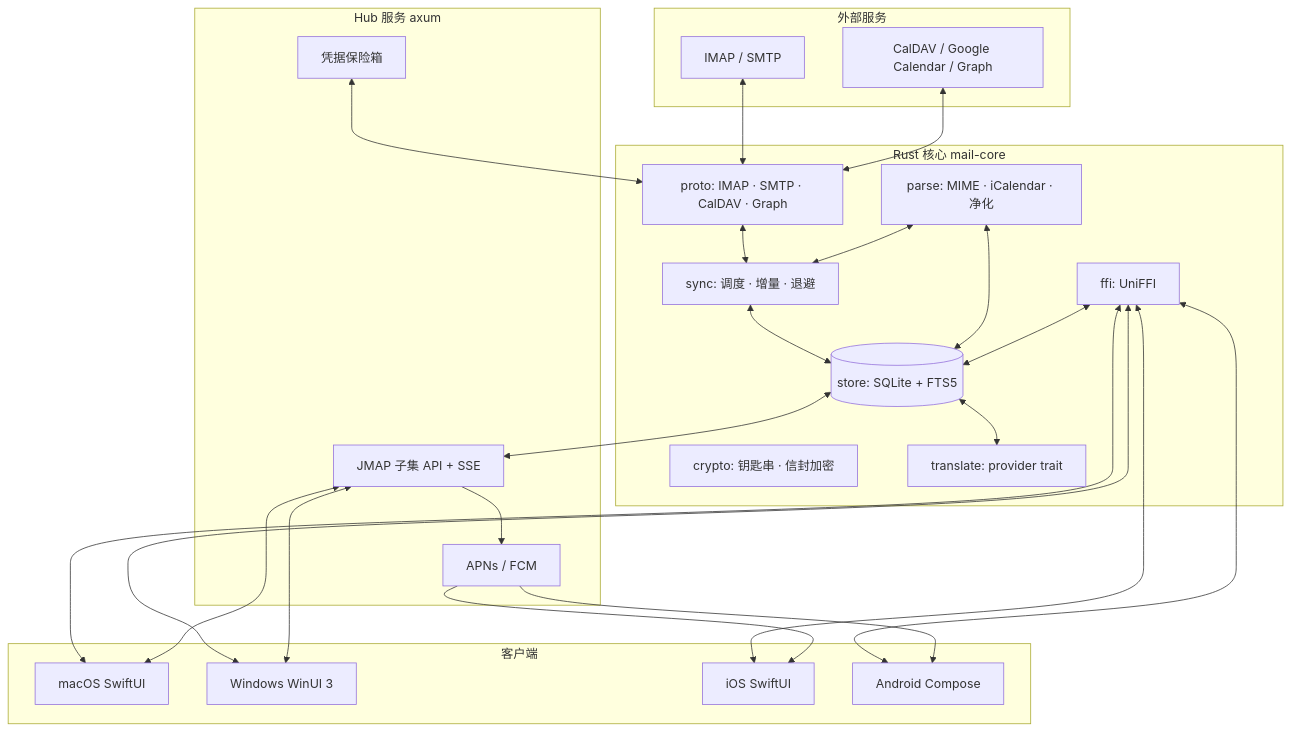
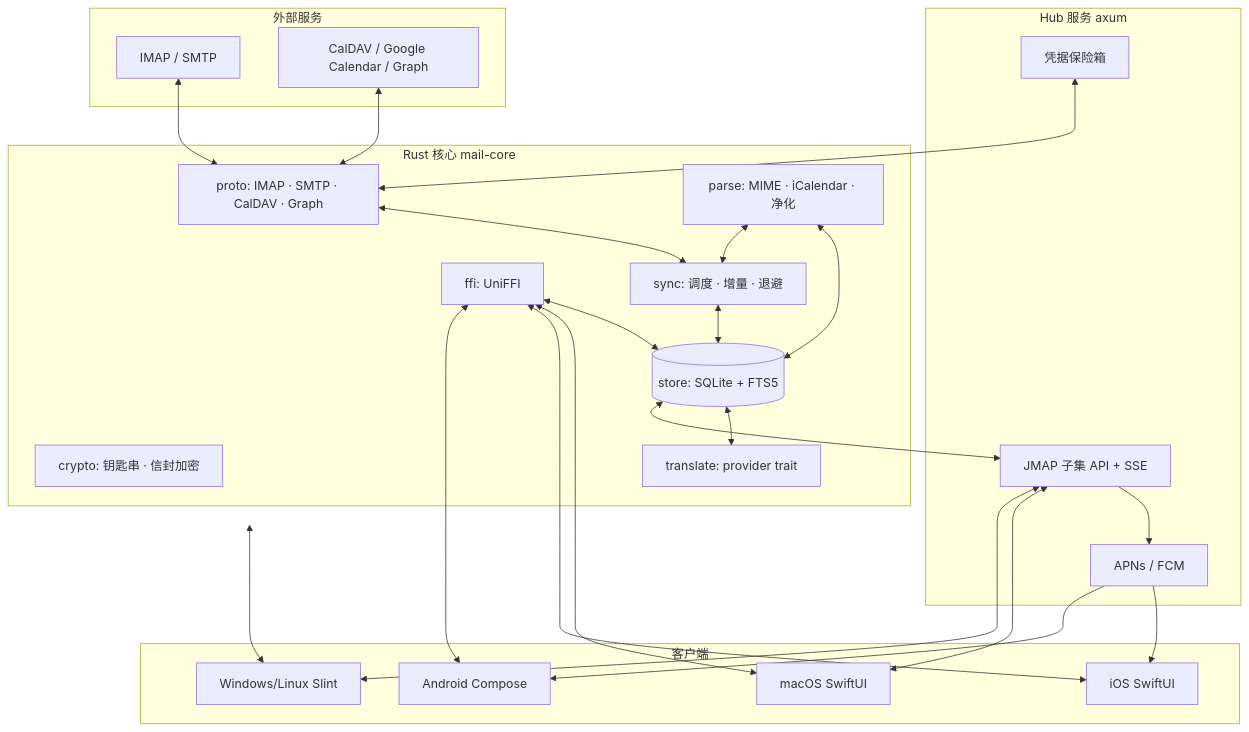
The first of 2 diagrams in docs/ARCHITECTURE.md (908652987/siskin), drawn with Mermaid before and after one commit. The commit also changed other lines of this file and 17 other files, not shown here.

First line of the commit message:
Add Windows Slint UI baseline and signing workflow

````diff
--- a/docs/ARCHITECTURE.md
+++ b/docs/ARCHITECTURE.md
@@ -49,43 +49,44 @@
 ```mermaid
 flowchart TB
   subgraph Providers[外部服务]
     MAIL[IMAP / SMTP]
     CAL[CalDAV / Google Calendar / Graph]
   end
 
   subgraph Core[Rust 核心 mail-core]
     PROTO[proto: IMAP · SMTP · CalDAV · Graph]
     SYNC[sync: 调度 · 增量 · 退避]
     PARSE[parse: MIME · iCalendar · 净化]
     STORE[(store: SQLite + FTS5)]
     CRYPTO[crypto: 钥匙串 · 信封加密]
     XLATE[translate: provider trait]
     FFI[ffi: UniFFI]
   end
 
   subgraph Hub[Hub 服务 axum]
     API[JMAP 子集 API + SSE]
     PUSH[APNs / FCM]
     VAULT[凭据保险箱]
   end
 
   subgraph Clients[客户端]
     MAC[macOS SwiftUI]
-    WIN[Windows WinUI 3]
+    WIN[Windows/Linux Slint]
     IOS[iOS SwiftUI]
     AND[Android Compose]
   end
 
   MAIL <--> PROTO
   CAL <--> PROTO
   PROTO <--> SYNC <--> STORE
   PARSE <--> STORE
   PARSE <--> SYNC
   STORE <--> XLATE
   FFI <--> STORE
-  FFI <--> MAC & WIN & IOS & AND
+  WIN <--> Core
+  FFI <--> MAC & IOS & AND
   STORE <--> API
   API --> PUSH --> IOS & AND
   API <--> MAC & WIN
   VAULT <--> PROTO
 ```
````
